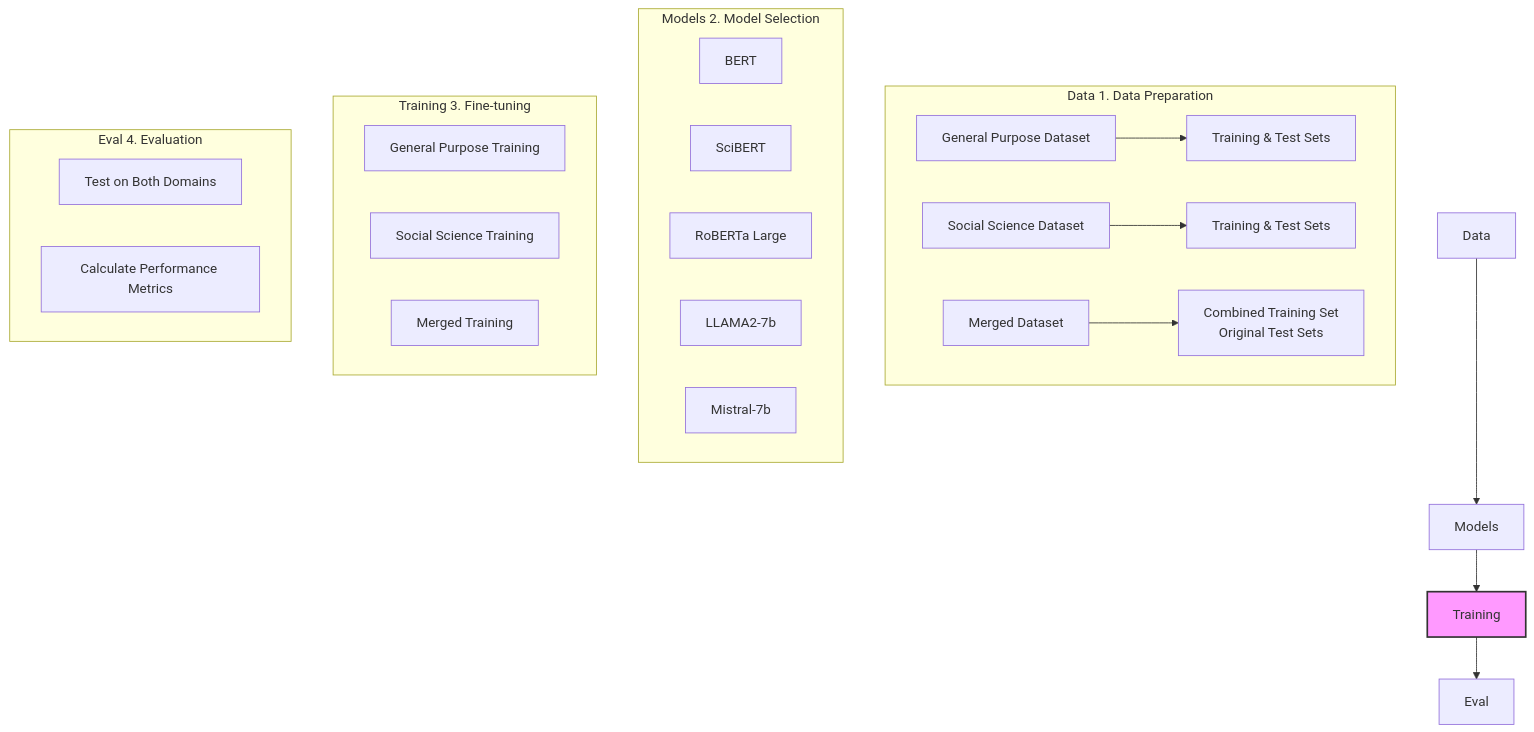
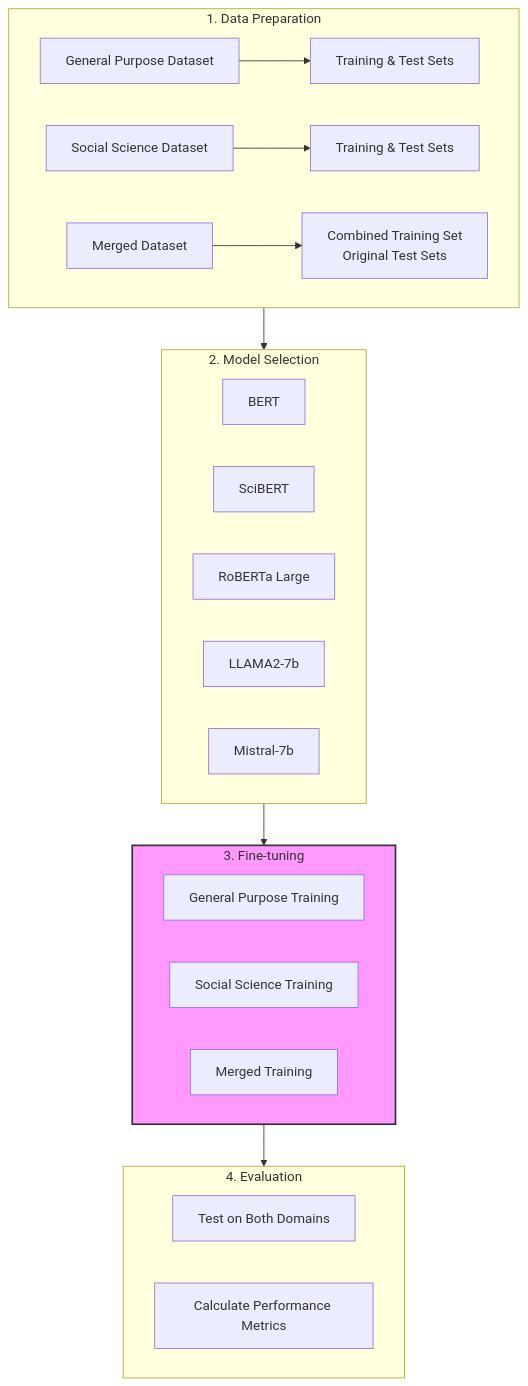
Before and after one commit to rasoulnorouzi/cessc: the diagram in README.md, drawn with Mermaid.

````diff
--- a/README.md
+++ b/README.md
@@ -33,34 +33,34 @@
 ```mermaid
 flowchart TD
-    subgraph "Data 1. Data Preparation"
+    subgraph Data["1. Data Preparation"]
         A1[General Purpose Dataset] --> C1[Training & Test Sets]
         A2[Social Science Dataset] --> C2[Training & Test Sets]
         A3[Merged Dataset] --> C3[Combined Training Set<br>Original Test Sets]
     end
 
-    subgraph Models 2. Model Selection
+    subgraph Models["2. Model Selection"]
         M1[BERT]
         M2[SciBERT]
         M3[RoBERTa Large]
         M4[LLAMA2-7b]
         M5[Mistral-7b]
     end
 
-    subgraph Training 3. Fine-tuning
+    subgraph Training["3. Fine-tuning"]
         T1[General Purpose Training]
         T2[Social Science Training]
         T3[Merged Training]
     end
 
-    subgraph Eval 4. Evaluation
+    subgraph Eval["4. Evaluation"]
         E1[Test on Both Domains]
         E2[Calculate Performance Metrics]
     end
 
     Data --> Models
     Models --> Training
     Training --> Eval
 
     classDef highlight fill:#f9f,stroke:#333,stroke-width:2px
     class Training highlight
 ```
````
